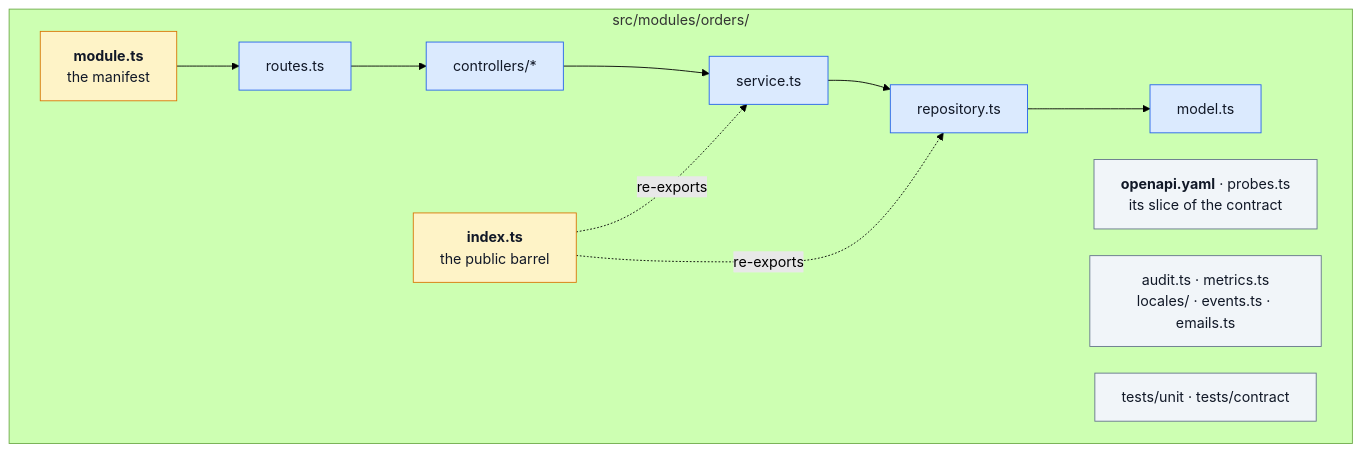
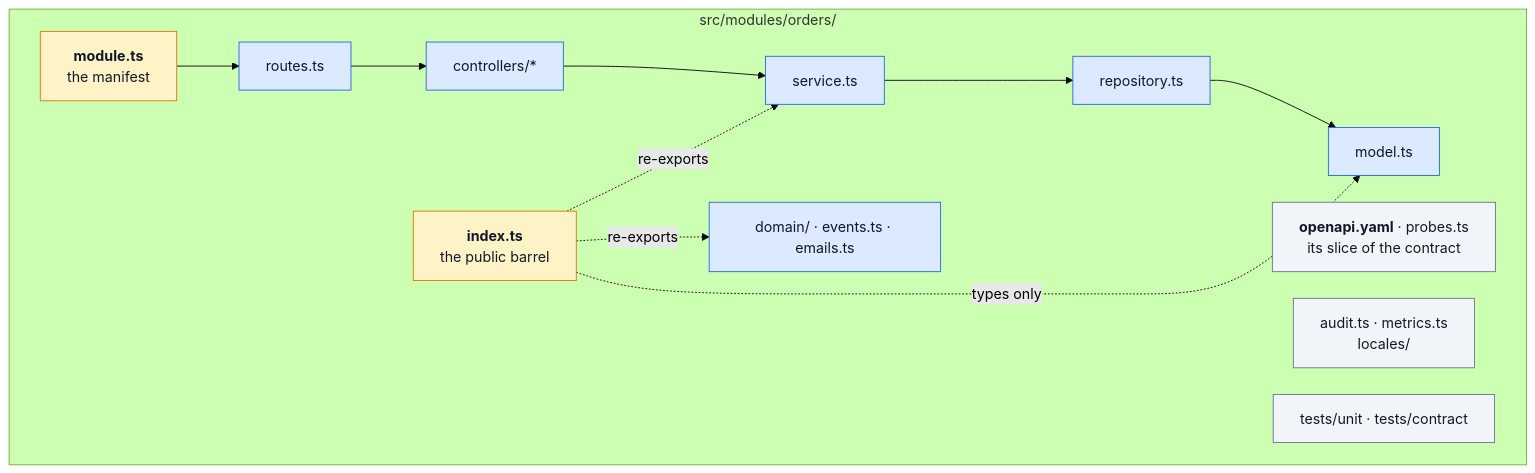
Before and after one commit to Guebbit/boilerplate-node-backend: the fourth of 7 diagrams in docs/theory/modules.md, drawn with Mermaid (forest theme). The commit also changed other lines of this file and 4 other files, not shown here.

````diff
--- a/docs/theory/modules.md
+++ b/docs/theory/modules.md
@@ -227,31 +231,33 @@
 ```mermaid
 %%{init: {'flowchart': {'nodeSpacing': 30, 'rankSpacing': 45}}}%%
 flowchart TD
     subgraph MOD["src/modules/orders/"]
         IDX["<b>index.ts</b><br/>the public barrel"]
         MAN["<b>module.ts</b><br/>the manifest"]
         RT["routes.ts"]
         CT["controllers/*"]
         SV["service.ts"]
         RP["repository.ts"]
         MD["model.ts"]
         CN["<b>openapi.yaml</b> · probes.ts<br/>its slice of the contract"]
-        EX["audit.ts · metrics.ts<br/>locales/ · events.ts · emails.ts"]
+        DM["domain/ · events.ts · emails.ts"]
+        EX["audit.ts · metrics.ts<br/>locales/"]
         TS["tests/unit · tests/contract"]
     end
 
     MAN --> RT
     RT --> CT
     CT --> SV
     SV --> RP
     RP --> MD
     IDX -.->|re-exports| SV
-    IDX -.->|re-exports| RP
+    IDX -.->|re-exports| DM
+    IDX -.->|types only| MD
 
     classDef front fill:#fef3c7,stroke:#d97706,color:#111827;
     classDef layer fill:#dbeafe,stroke:#2563eb,color:#111827;
     classDef side fill:#f1f5f9,stroke:#64748b,color:#111827;
     class IDX,MAN front;
-    class RT,CT,SV,RP,MD layer;
+    class RT,CT,SV,RP,MD,DM layer;
     class CN,EX,TS side;
 ```
````
